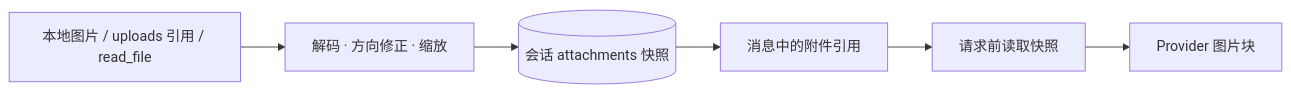
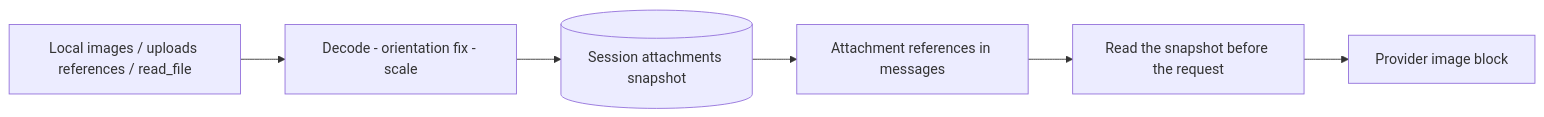
One commit to Azzurroooo/rind changed the diagram in docs/internals/02-context/image-input.md. Above: the diagram before and after it, drawn with Mermaid. The commit also changed other lines of this file and 109 other files, not shown here.

```diff
--- a/docs/internals/02-context/image-input.md
+++ b/docs/internals/02-context/image-input.md
@@ -5,8 +7,8 @@
 ~~~mermaid
 flowchart LR
-    SRC["本地图片 / uploads 引用 / read_file"] --> PROC["解码 · 方向修正 · 缩放"]
-    PROC --> SNAP[("会话 attachments 快照")]
-    SNAP --> REF["消息中的附件引用"]
-    REF --> LOAD["请求前读取快照"]
-    LOAD --> ADAPTER["Provider 图片块"]
+    SRC["Local images / uploads references / read_file"] --> PROC["Decode - orientation fix - scale"]
+    PROC --> SNAP[("Session attachments snapshot")]
+    SNAP --> REF["Attachment references in messages"]
+    REF --> LOAD["Read the snapshot before the request"]
+    LOAD --> ADAPTER["Provider image block"]
 ~~~
```
